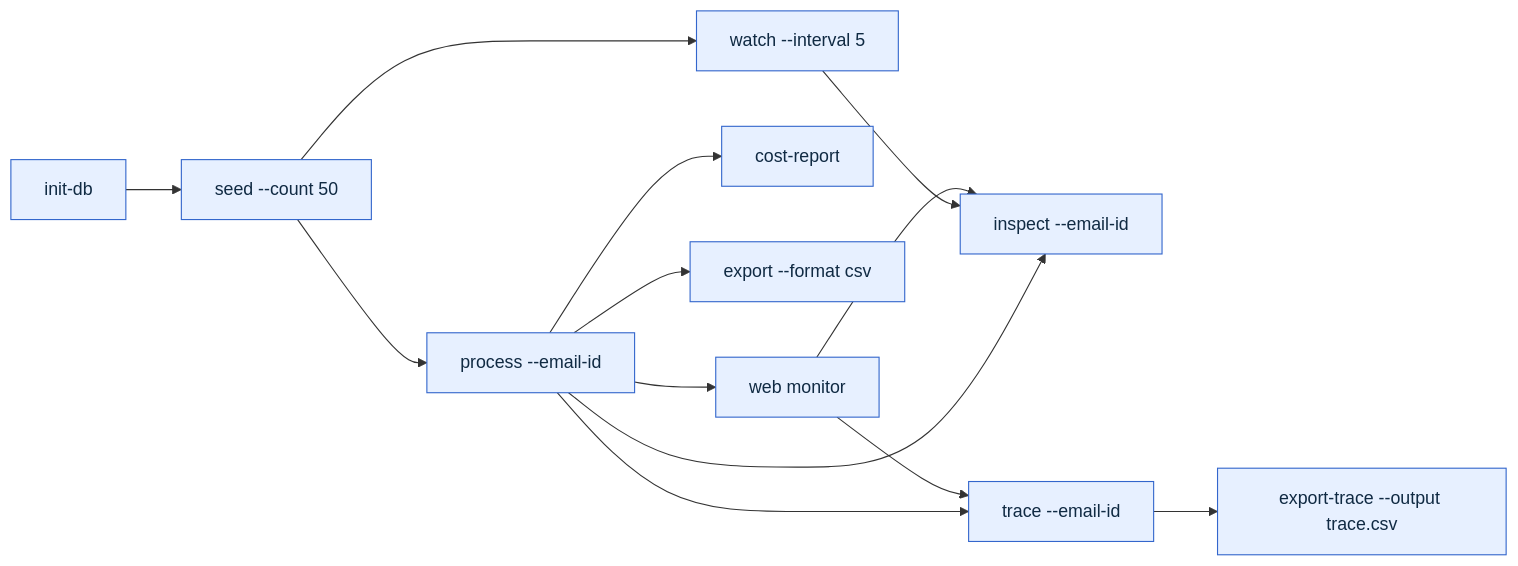
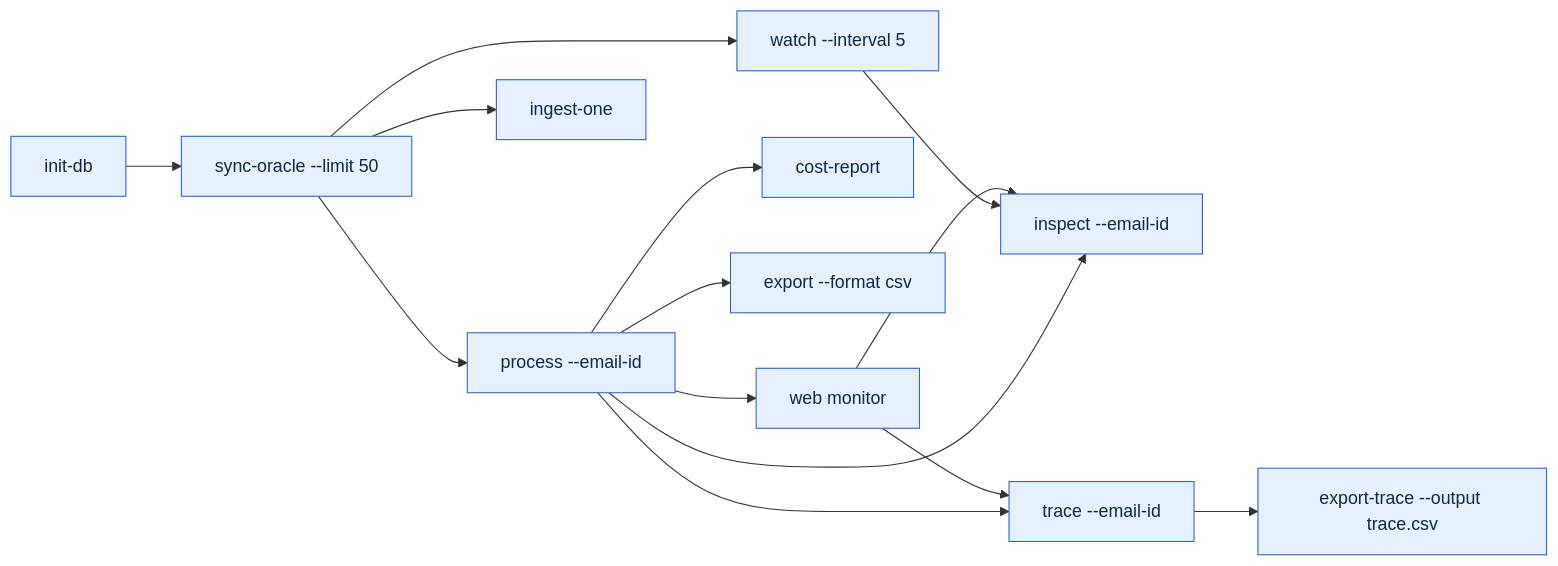
Before and after one commit to gustavorubim/inbox-da: the first of 13 diagrams in README.md, drawn with Mermaid. The commit also changed other lines of this file and 17 other files, not shown here.

Commit message:
feat: ingest inbox emails from Oracle

````diff
--- a/README.md
+++ b/README.md
@@ -45,18 +47,19 @@
 ```mermaid
 flowchart LR
-    init["init-db"] --> seed["seed --count 50"]
-    seed --> process["process --email-id <id>"]
-    seed --> watch["watch --interval 5"]
+    init["init-db"] --> sync["sync-oracle --limit 50"]
+    sync --> process["process --email-id <id>"]
+    sync --> watch["watch --interval 5"]
+    sync --> ingest["ingest-one"]
     process --> inspect["inspect --email-id <id>"]
     process --> trace["trace --email-id <id>"]
     trace --> tracecsv["export-trace --output trace.csv"]
     process --> cost["cost-report"]
     process --> export["export --format csv"]
     process --> web["web monitor"]
     watch --> inspect
     web --> inspect
     web --> trace
 
     classDef command fill:#e7f0ff,stroke:#3366cc,color:#102a43
-    class init,seed,process,watch,inspect,trace,tracecsv,cost,export,web command
+    class init,sync,ingest,process,watch,inspect,trace,tracecsv,cost,export,web command
 ```
````
